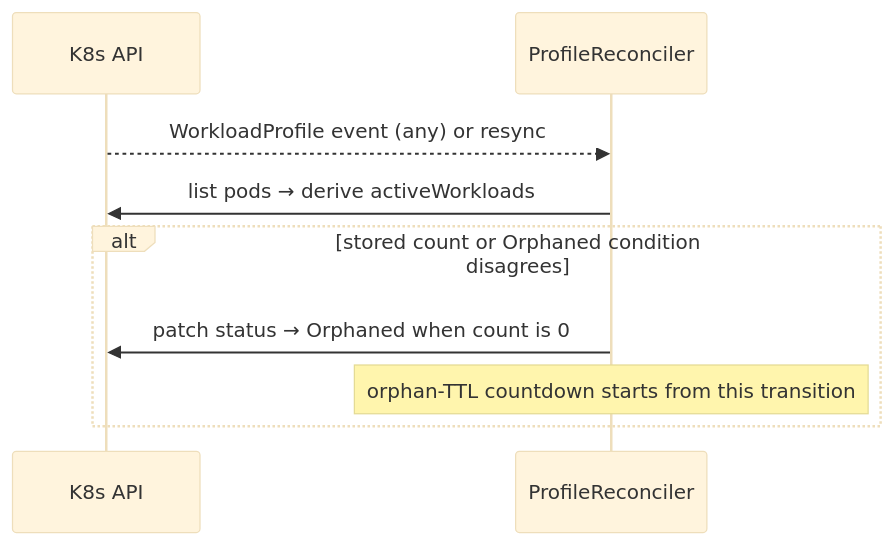
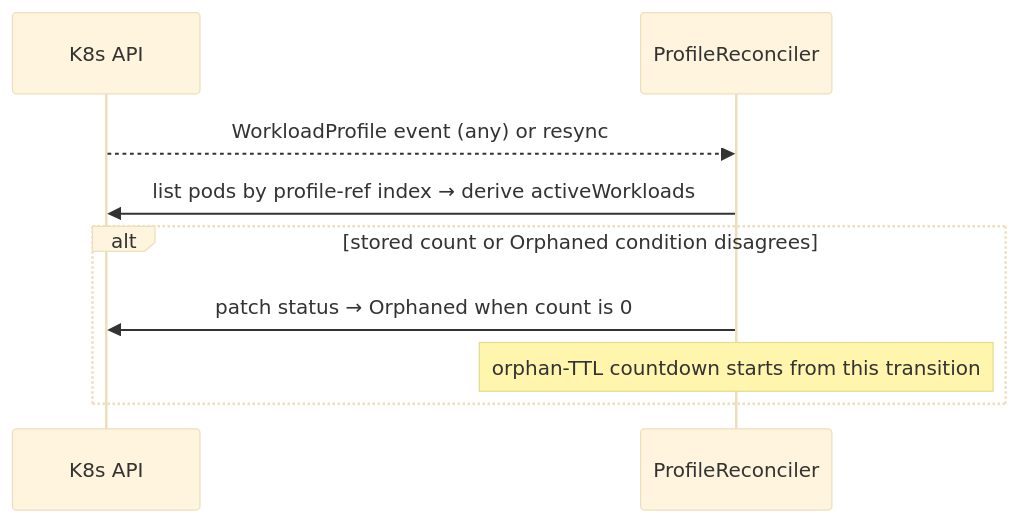
One commit to Tight-Line/ballast changed the ninth of 9 diagrams in docs/convergence.md. Above: the diagram before and after it, drawn with Mermaid (base theme). The commit also changed other lines of this file and 4 other files, not shown here.

First line of the commit message:
fix: serve activeWorkloads recounts from a profile-ref pod index

````diff
--- a/docs/convergence.md
+++ b/docs/convergence.md
@@ -255,12 +270,12 @@
 ```mermaid
 sequenceDiagram
     participant API as K8s API
     participant ProfR as ProfileReconciler
 
     API-->>ProfR: WorkloadProfile event (any) or resync
-    ProfR->>API: list pods → derive activeWorkloads
+    ProfR->>API: list pods by profile-ref index → derive activeWorkloads
     alt stored count or Orphaned condition disagrees
         ProfR->>API: patch status → Orphaned when count is 0
         Note over ProfR: orphan-TTL countdown starts from this transition
     end
 ```
````
